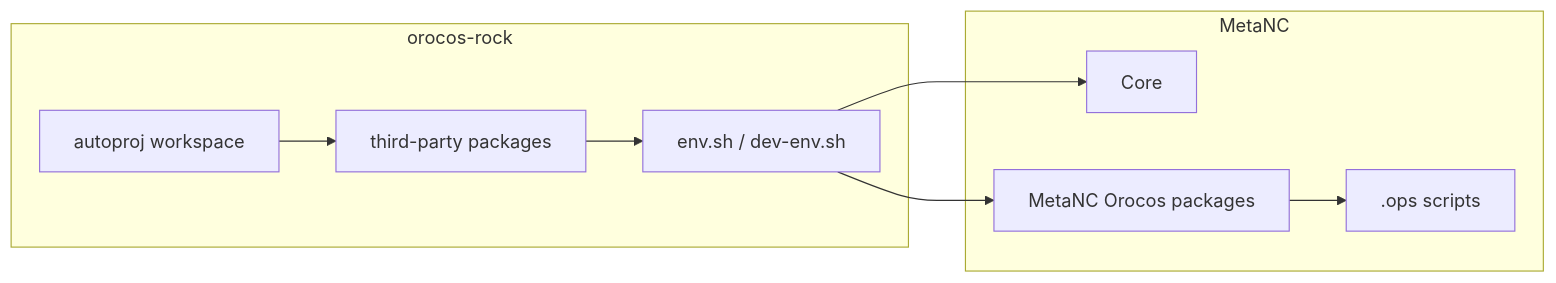
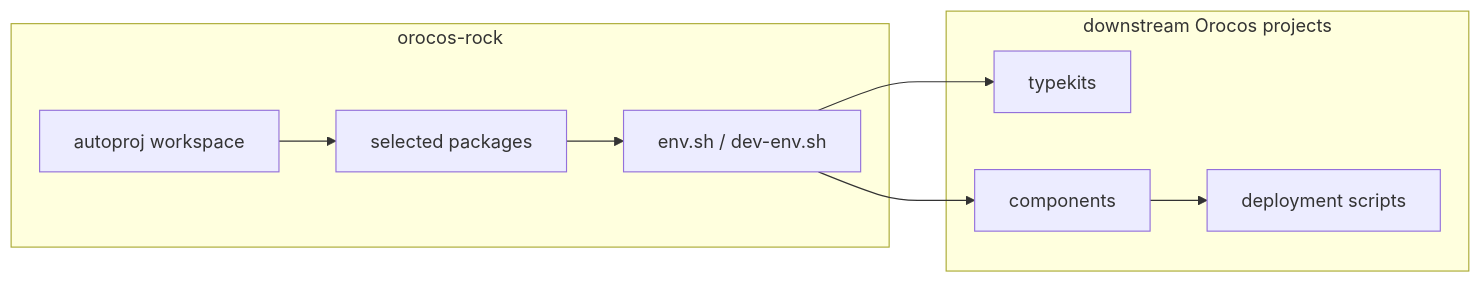
The diagram in docs/src/architecture.md (OptimalCNC/rock-orocos), drawn with Mermaid before and after one commit. The commit also changed other lines of this file and 21 other files, not shown here.

First line of the commit message:
Use OROCOS_PREFIX and make toolchain repo standalone

````diff
--- a/docs/src/architecture.md
+++ b/docs/src/architecture.md
@@ -20,20 +22,20 @@
 ```mermaid
 flowchart LR
-    subgraph Toolchain["orocos-rock"]
+    subgraph Workspace["orocos-rock"]
         AP["autoproj workspace"]
-        TP["third-party packages"]
+        TP["selected packages"]
         ENV["env.sh / dev-env.sh"]
         AP --> TP
         TP --> ENV
     end
 
-    subgraph Product["MetaNC"]
-        CORE["Core"]
-        ORO["MetaNC Orocos packages"]
-        OPS[".ops scripts"]
+    subgraph Consumers["downstream Orocos projects"]
+        TYPEKITS["typekits"]
+        COMPONENTS["components"]
+        DEPLOY["deployment scripts"]
     end
 
-    ENV --> CORE
-    ENV --> ORO
-    ORO --> OPS
+    ENV --> TYPEKITS
+    ENV --> COMPONENTS
+    COMPONENTS --> DEPLOY
 ```
````
